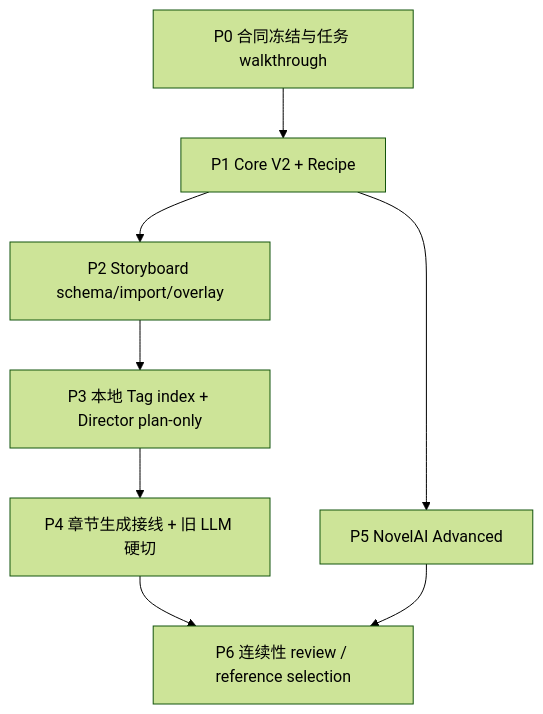
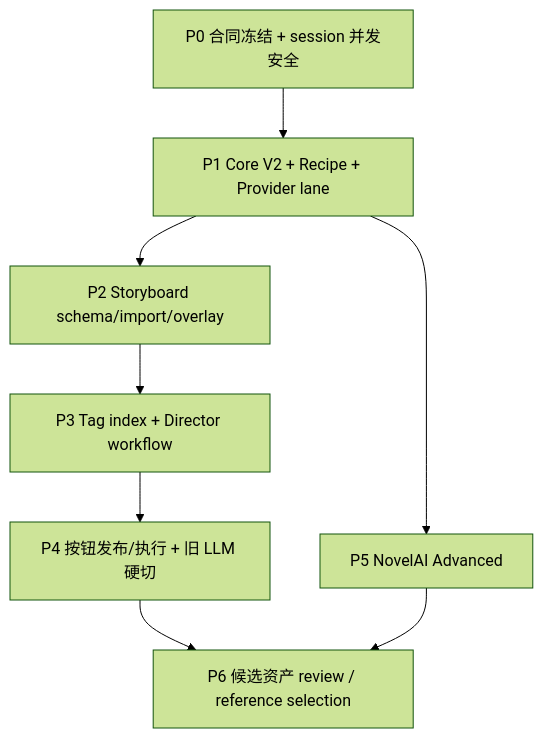
Before and after one commit to HAC4E2/neuro-book: the fifth of 5 diagrams in docs/superpowers/specs/2026-07-17-chatu8-storyboard-agent-illustration-design.md, drawn with Mermaid (forest theme). The commit also changed other lines of this file, not shown here.

````diff
--- a/docs/superpowers/specs/2026-07-17-chatu8-storyboard-agent-illustration-design.md
+++ b/docs/superpowers/specs/2026-07-17-chatu8-storyboard-agent-illustration-design.md
@@ -1141,10 +1458,10 @@
 ```mermaid
 flowchart TD
-    P0["P0 合同冻结与任务 walkthrough"] --> P1["P1 Core V2 + Recipe"]
+    P0["P0 合同冻结 + session 并发安全"] --> P1["P1 Core V2 + Recipe + Provider lane"]
     P1 --> P2["P2 Storyboard schema/import/overlay"]
-    P2 --> P3["P3 本地 Tag index + Director plan-only"]
-    P3 --> P4["P4 章节生成接线 + 旧 LLM 硬切"]
+    P2 --> P3["P3 Tag index + Director workflow"]
+    P3 --> P4["P4 按钮发布/执行 + 旧 LLM 硬切"]
     P1 --> P5["P5 NovelAI Advanced"]
-    P4 --> P6["P6 连续性 review / reference selection"]
+    P4 --> P6["P6 候选资产 review / reference selection"]
     P5 --> P6
 ```
````
